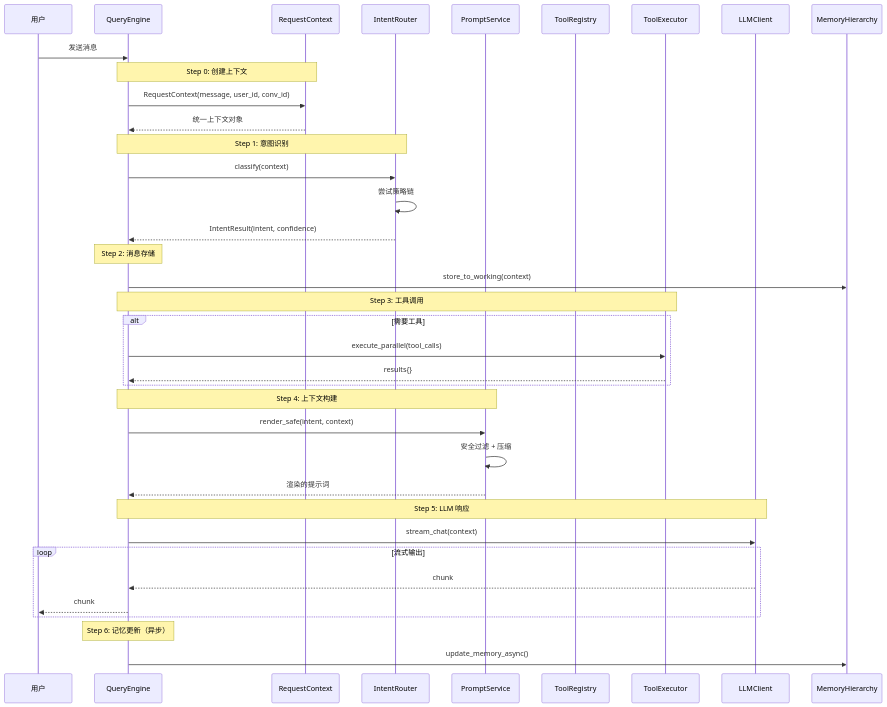
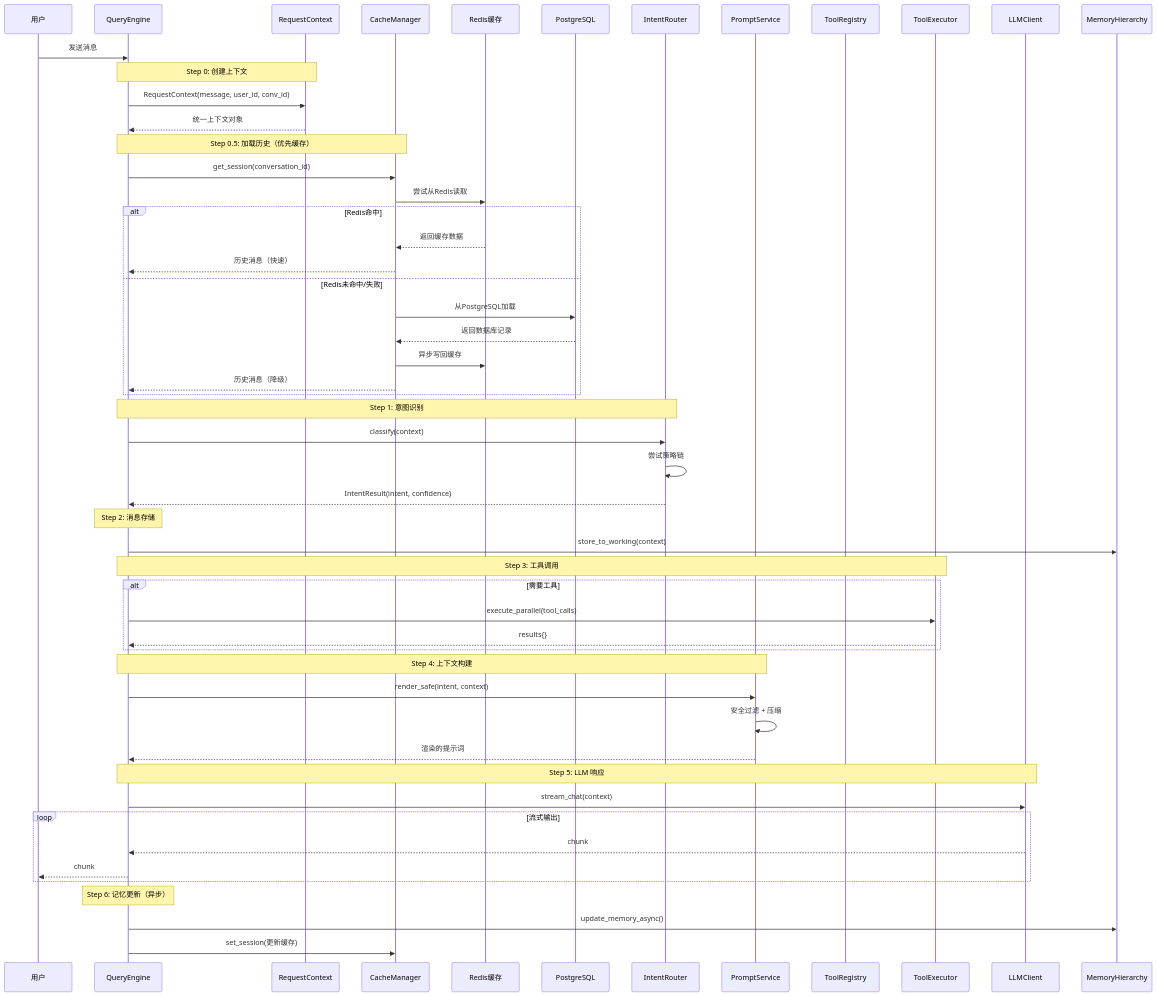
Before and after one commit to liyanxiong278176/personal_assistant: the second of 3 diagrams in backend/app/core/README.md, drawn with Mermaid. The commit also changed other lines of this file, not shown here.

Commit message:
docs(cache): update workflow with cache layer integration

````diff
--- a/backend/app/core/README.md
+++ b/backend/app/core/README.md
@@ -428,47 +428,64 @@
 ```mermaid
 sequenceDiagram
     participant U as 用户
     participant QE as QueryEngine
     participant RC as RequestContext
+    participant Cache as CacheManager
+    participant Redis as Redis缓存
+    participant PG as PostgreSQL
     participant IR as IntentRouter
     participant PS as PromptService
     participant TR as ToolRegistry
     participant TE as ToolExecutor
     participant LC as LLMClient
     participant MH as MemoryHierarchy
 
     U->>QE: 发送消息
 
     Note over QE,RC: Step 0: 创建上下文
     QE->>RC: RequestContext(message, user_id, conv_id)
     RC-->>QE: 统一上下文对象
+
+    Note over QE,Cache: Step 0.5: 加载历史（优先缓存）
+    QE->>Cache: get_session(conversation_id)
+    Cache->>Redis: 尝试从Redis读取
+    alt Redis命中
+        Redis-->>Cache: 返回缓存数据
+        Cache-->>QE: 历史消息（快速）
+    else Redis未命中/失败
+        Cache->>PG: 从PostgreSQL加载
+        PG-->>Cache: 返回数据库记录
+        Cache->>Redis: 异步写回缓存
+        Cache-->>QE: 历史消息（降级）
+    end
 
     Note over QE,IR: Step 1: 意图识别
     QE->>IR: classify(context)
     IR->>IR: 尝试策略链
     IR-->>QE: IntentResult(intent, confidence)
 
     Note over QE: Step 2: 消息存储
     QE->>MH: store_to_working(context)
 
     Note over QE,TE: Step 3: 工具调用
     alt 需要工具
         QE->>TE: execute_parallel(tool_calls)
         TE-->>QE: results{}
     end
 
     Note over QE,PS: Step 4: 上下文构建
     QE->>PS: render_safe(intent, context)
     PS->>PS: 安全过滤 + 压缩
     PS-->>QE: 渲染的提示词
 
     Note over QE,LC: Step 5: LLM 响应
     QE->>LC: stream_chat(context)
     loop 流式输出
         LC-->>QE: chunk
         QE-->>U: chunk
     end
 
     Note over QE: Step 6: 记忆更新（异步）
     QE->>MH: update_memory_async()
+    QE->>Cache: set_session(更新缓存)
 ```
````
